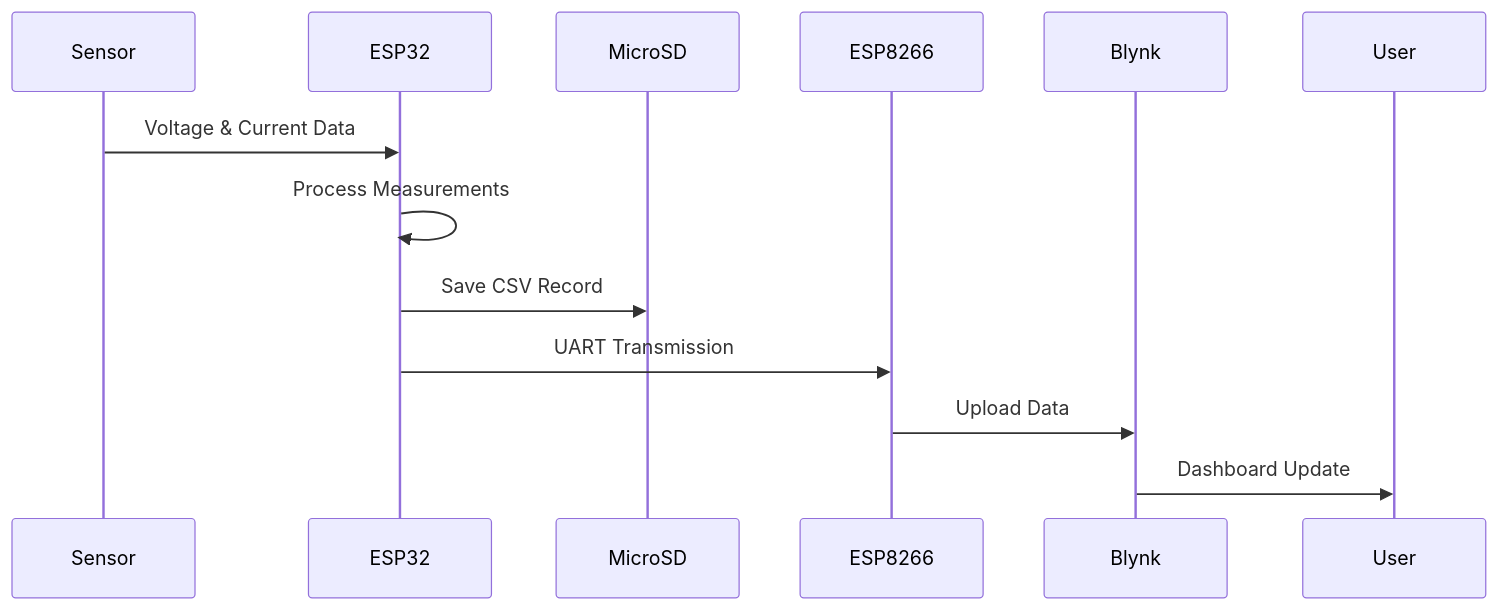
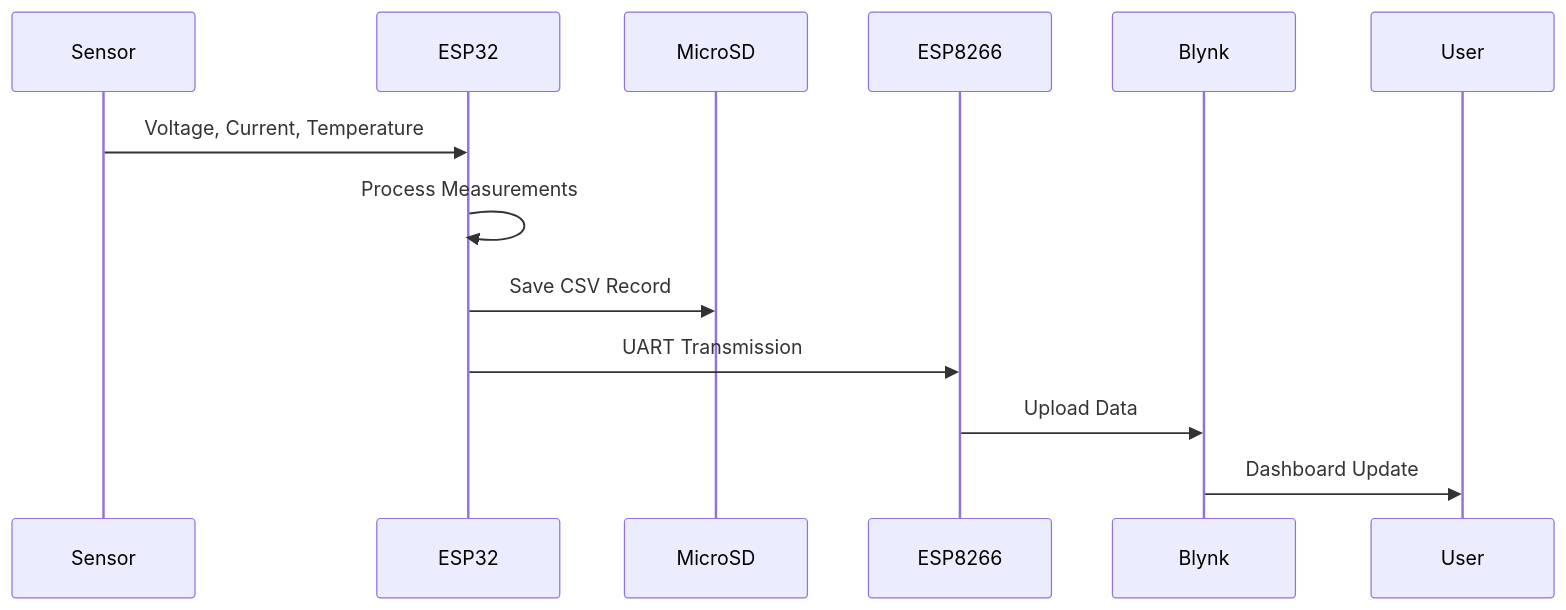
One commit to Willowwilson78-hub/ESP32_Power_Monitor changed the third of 3 diagrams in README.md. Above: the diagram before and after it, drawn with Mermaid. The commit also changed other lines of this file, not shown here.

````diff
--- a/README.md
+++ b/README.md
@@ -118,22 +125,22 @@
 ```mermaid
 sequenceDiagram
 
 participant Sensor
 participant ESP32
 participant MicroSD
 participant ESP8266
 participant Blynk
 participant User
 
-Sensor->>ESP32: Voltage & Current Data
+Sensor->>ESP32: Voltage, Current, Temperature
 
 ESP32->>ESP32: Process Measurements
 
 ESP32->>MicroSD: Save CSV Record
 
 ESP32->>ESP8266: UART Transmission
 
 ESP8266->>Blynk: Upload Data
 
 Blynk->>User: Dashboard Update
 ```
````
